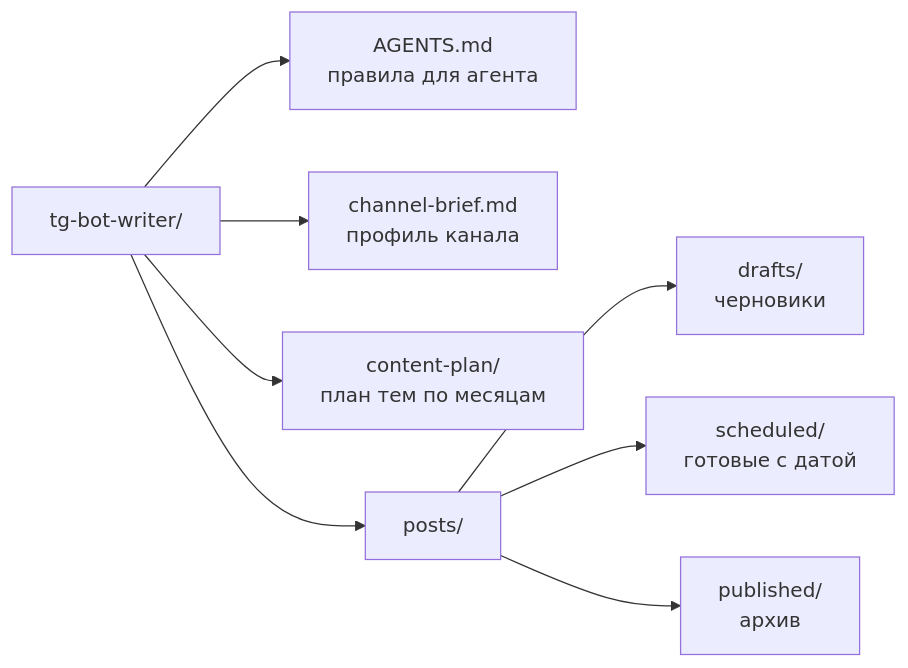
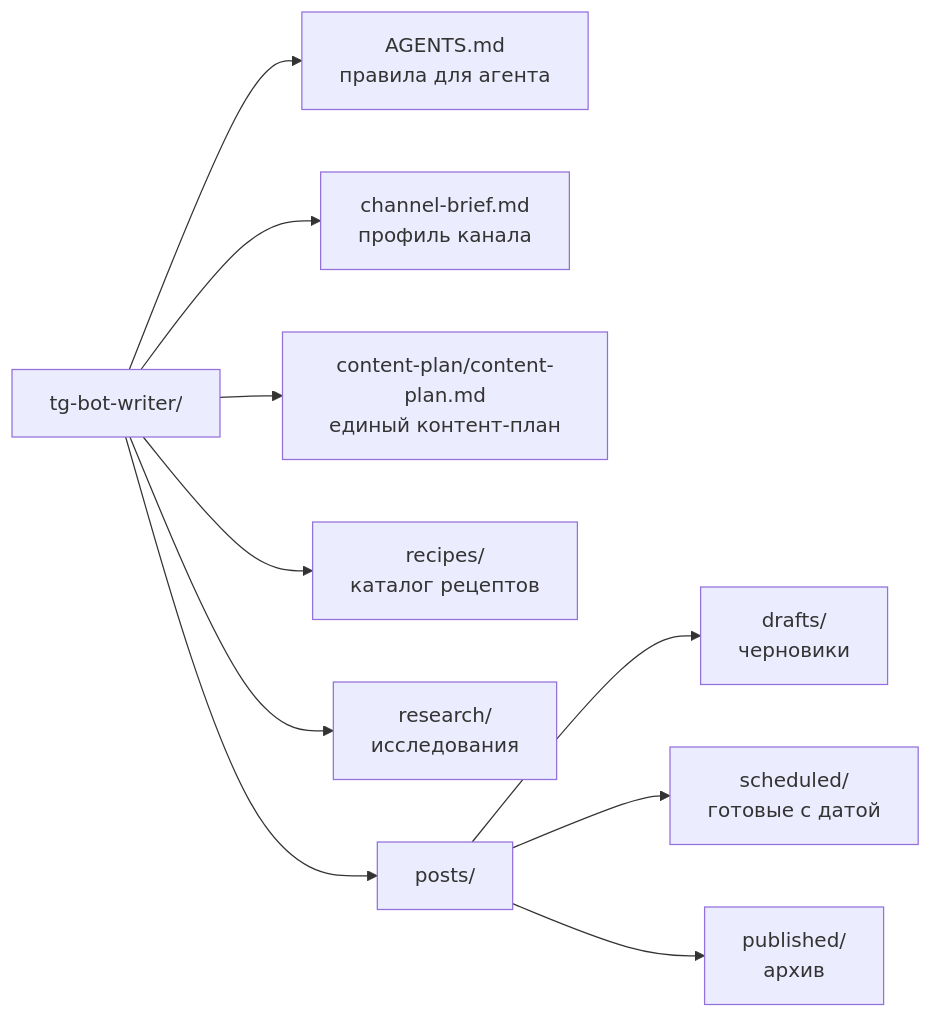
Before and after one commit to serejaris/tg-bot-writer: the third of 3 diagrams in README.md, drawn with Mermaid. The commit also changed other lines of this file and 7 other files, not shown here.

First line of the commit message:
Добавить контент-план рецептов и правило единого файла.

````diff
--- a/README.md
+++ b/README.md
@@ -76,13 +76,15 @@
 ```mermaid
 flowchart LR
     ROOT["tg-bot-writer/"]
 
     ROOT --> AGENTS["AGENTS.md<br/>правила для агента"]
     ROOT --> BRIEF["channel-brief.md<br/>профиль канала"]
-    ROOT --> PLAN["content-plan/<br/>план тем по месяцам"]
+    ROOT --> PLAN["content-plan/content-plan.md<br/>единый контент-план"]
+    ROOT --> RECIPES["recipes/<br/>каталог рецептов"]
+    ROOT --> RESEARCH["research/<br/>исследования"]
     ROOT --> POSTS["posts/"]
 
     POSTS --> DRAFTS["drafts/<br/>черновики"]
     POSTS --> SCHEDULED["scheduled/<br/>готовые с датой"]
     POSTS --> PUBLISHED["published/<br/>архив"]
 ```
````
